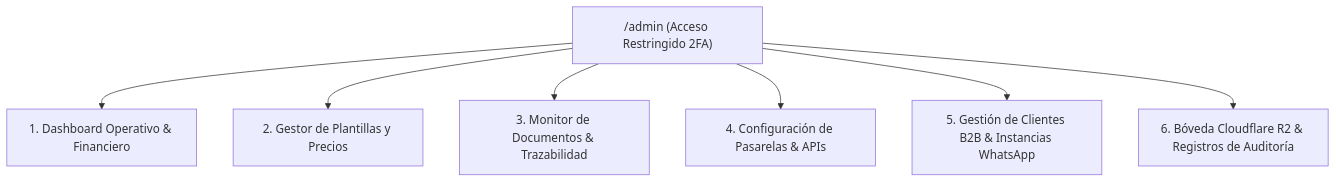
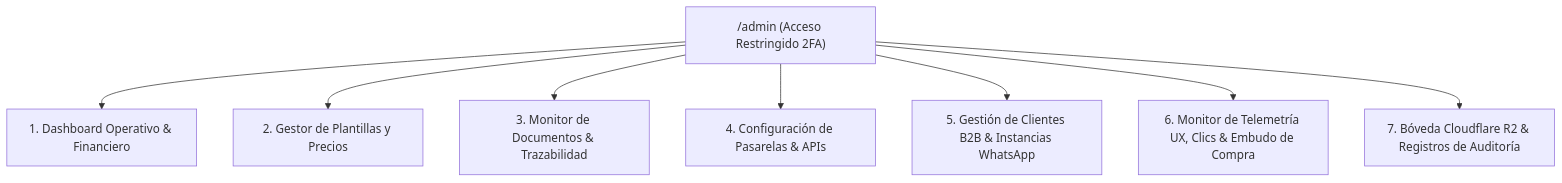
Diagram 13 of 17 in docs/DISENO_FUNCIONAL_SINNOTARIO.md (keystoneadvisorsglobal-web/sinnotario), drawn with Mermaid before and after one commit. The commit also changed other lines of this file and 1 other file, not shown here.

Commit message:
docs(analytics): incorporado modulo de telemetria UX, mapas de clics y embudo de conversion en diseno funcional y Word

````diff
--- a/docs/DISENO_FUNCIONAL_SINNOTARIO.md
+++ b/docs/DISENO_FUNCIONAL_SINNOTARIO.md
@@ -921,9 +921,10 @@
 ```mermaid
 flowchart TD
     A["/admin (Acceso Restringido 2FA)"] --> B["1. Dashboard Operativo & Financiero"]
     A --> C["2. Gestor de Plantillas y Precios"]
     A --> D["3. Monitor de Documentos & Trazabilidad"]
     A --> E["4. Configuración de Pasarelas & APIs"]
     A --> F["5. Gestión de Clientes B2B & Instancias WhatsApp"]
-    A --> G["6. Bóveda Cloudflare R2 & Registros de Auditoría"]
+    A --> G["6. Monitor de Telemetría UX, Clics & Embudo de Compra"]
+    A --> H["7. Bóveda Cloudflare R2 & Registros de Auditoría"]
 ```
````
